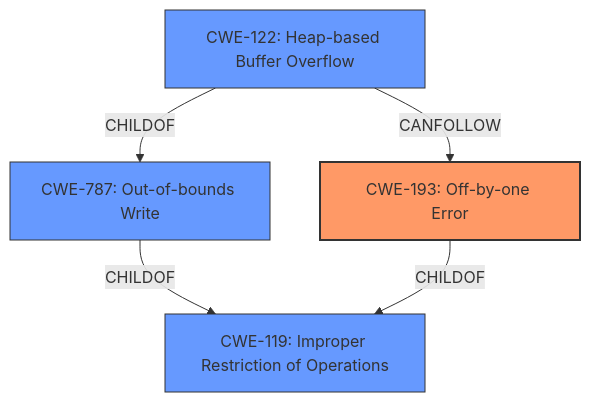
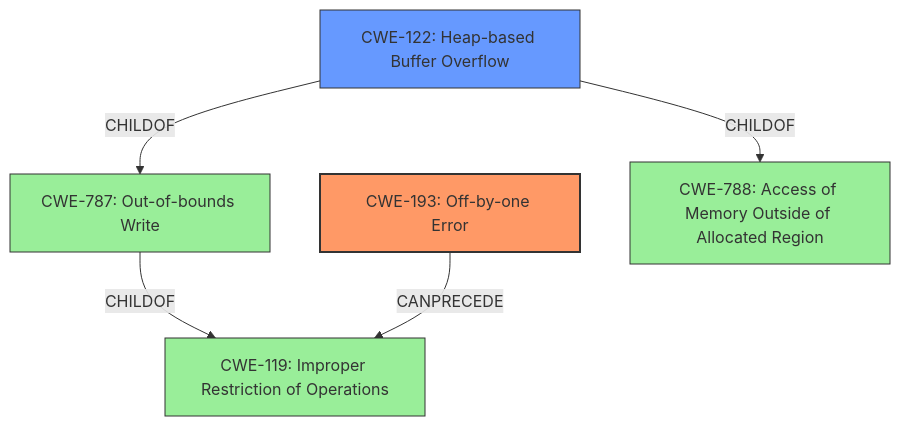
The diagram in CVE-2021-3156/CVE-2021-3156_analysis.md (CyberSecAI/cwe_agent_assign_reports_2023), drawn with Mermaid before and after one commit. The commit also changed other lines of this file and 902 other files, not shown here.

````diff
--- a/CVE-2021-3156/CVE-2021-3156_analysis.md
+++ b/CVE-2021-3156/CVE-2021-3156_analysis.md
@@ -18,18 +17,20 @@
 ```mermaid
 graph TD
     cwe193["CWE-193: Off-by-one Error"]
     cwe122["CWE-122: Heap-based Buffer Overflow"]
     cwe787["CWE-787: Out-of-bounds Write"]
+    cwe788["CWE-788: Access of Memory Outside of Allocated Region"]
     cwe119["CWE-119: Improper Restriction of Operations"]
     
     cwe122 -->|CHILDOF| cwe787
+    cwe122 -->|CHILDOF| cwe788
     cwe787 -->|CHILDOF| cwe119
-    cwe193 -->|CHILDOF| cwe119
-    cwe122 -->|CANFOLLOW| cwe193
+    cwe193 -->|CANPRECEDE| cwe119
     
     classDef primary fill:#f96,stroke:#333,stroke-width:2px
     classDef secondary fill:#69f,stroke:#333
     classDef tertiary fill:#9e9,stroke:#333
     class cwe193 primary
-    class cwe122,cwe119,cwe787 secondary
+    class cwe122 secondary
+    class cwe787,cwe788,cwe119 tertiary
 ```
````
